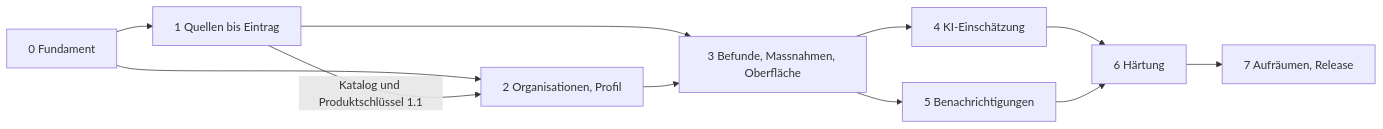
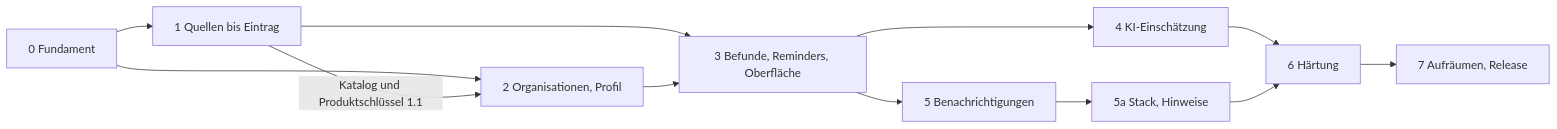
One commit to NicoM77/Ardea changed the diagram in docs/masterplan/14-umsetzungsphasen.md. Above: the diagram before and after it, drawn with Mermaid. The commit also changed other lines of this file and 16 other files, not shown here.

First line of the commit message:
Merge pull request #80 from NicoM77/docs/stack-notices-reminders

````diff
--- a/docs/masterplan/14-umsetzungsphasen.md
+++ b/docs/masterplan/14-umsetzungsphasen.md
@@ -23,13 +24,14 @@
 ```mermaid
 flowchart LR
   P0[0 Fundament] --> P1[1 Quellen bis Eintrag]
   P0 --> P2[2 Organisationen, Profil]
   P1 -- Katalog und Produktschlüssel 1.1 --> P2
-  P1 --> P3[3 Befunde, Massnahmen, Oberfläche]
+  P1 --> P3[3 Befunde, Reminders, Oberfläche]
   P2 --> P3
   P3 --> P4[4 KI-Einschätzung]
   P3 --> P5[5 Benachrichtigungen]
   P4 --> P6[6 Härtung]
-  P5 --> P6
+  P5 --> P5a[5a Stack, Hinweise]
+  P5a --> P6
   P6 --> P7[7 Aufräumen, Release]
 ```
````
